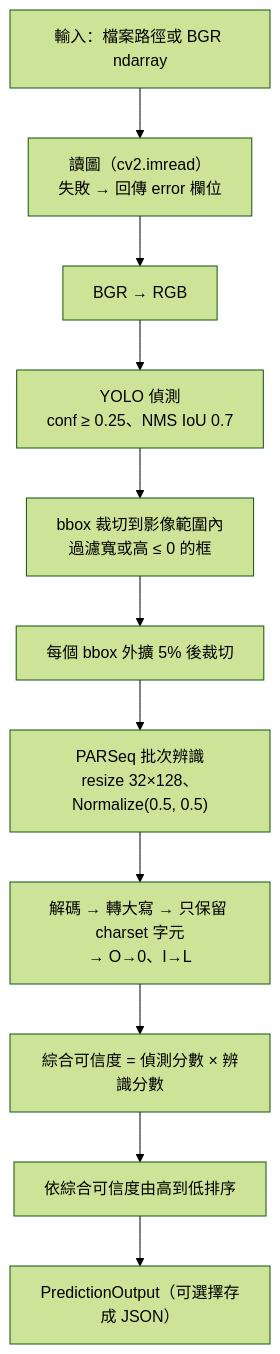
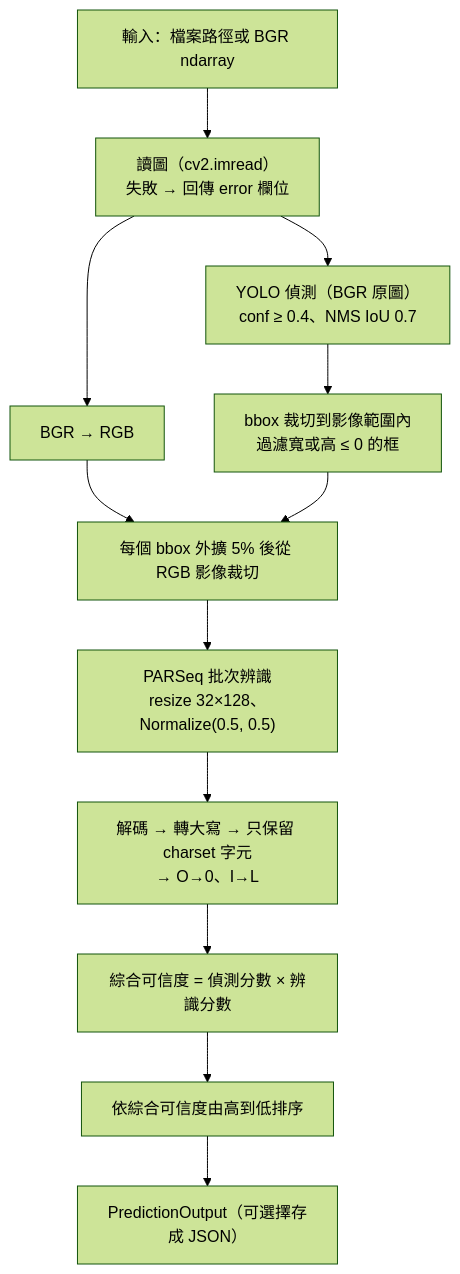
One commit to yun206000/ALPR changed the second of 2 diagrams in README_for_doc.md. Above: the diagram before and after it, drawn with Mermaid (forest theme). The commit also changed other lines of this file and 47 other files, not shown here.

````diff
--- a/README_for_doc.md
+++ b/README_for_doc.md
@@ -160,13 +168,14 @@
 ```mermaid
 flowchart TD
     A["輸入：檔案路徑或 BGR ndarray"] --> B["讀圖（cv2.imread）<br/>失敗 → 回傳 error 欄位"]
+    B --> D["YOLO 偵測（BGR 原圖）<br/>conf ≥ 0.4、NMS IoU 0.7"]
+    D --> E["bbox 裁切到影像範圍內<br/>過濾寬或高 ≤ 0 的框"]
     B --> C["BGR → RGB"]
-    C --> D["YOLO 偵測<br/>conf ≥ 0.25、NMS IoU 0.7"]
-    D --> E["bbox 裁切到影像範圍內<br/>過濾寬或高 ≤ 0 的框"]
-    E --> F["每個 bbox 外擴 5% 後裁切"]
+    C --> F["每個 bbox 外擴 5% 後從 RGB 影像裁切"]
+    E --> F
     F --> G["PARSeq 批次辨識<br/>resize 32×128、Normalize(0.5, 0.5)"]
     G --> H["解碼 → 轉大寫 → 只保留 charset 字元<br/>→ O→0、I→L"]
     H --> I["綜合可信度 = 偵測分數 × 辨識分數"]
     I --> J["依綜合可信度由高到低排序"]
     J --> K["PredictionOutput（可選擇存成 JSON）"]
 ```
````
